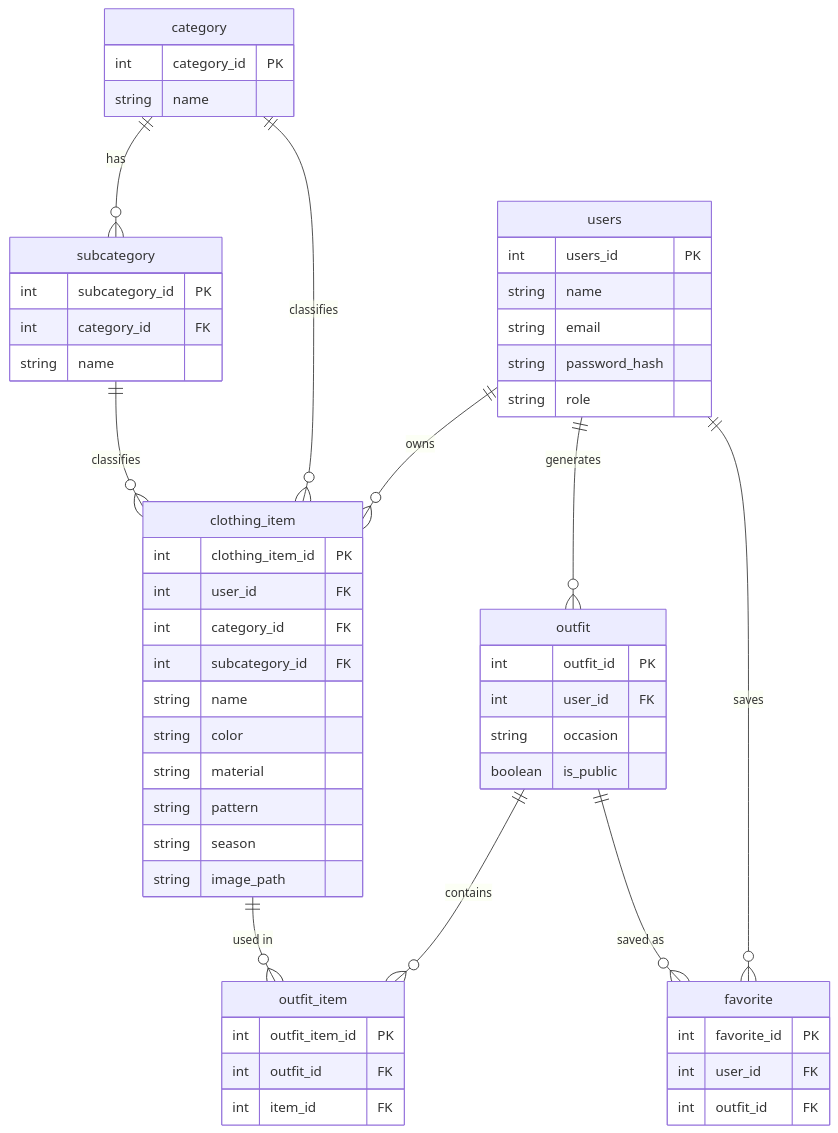
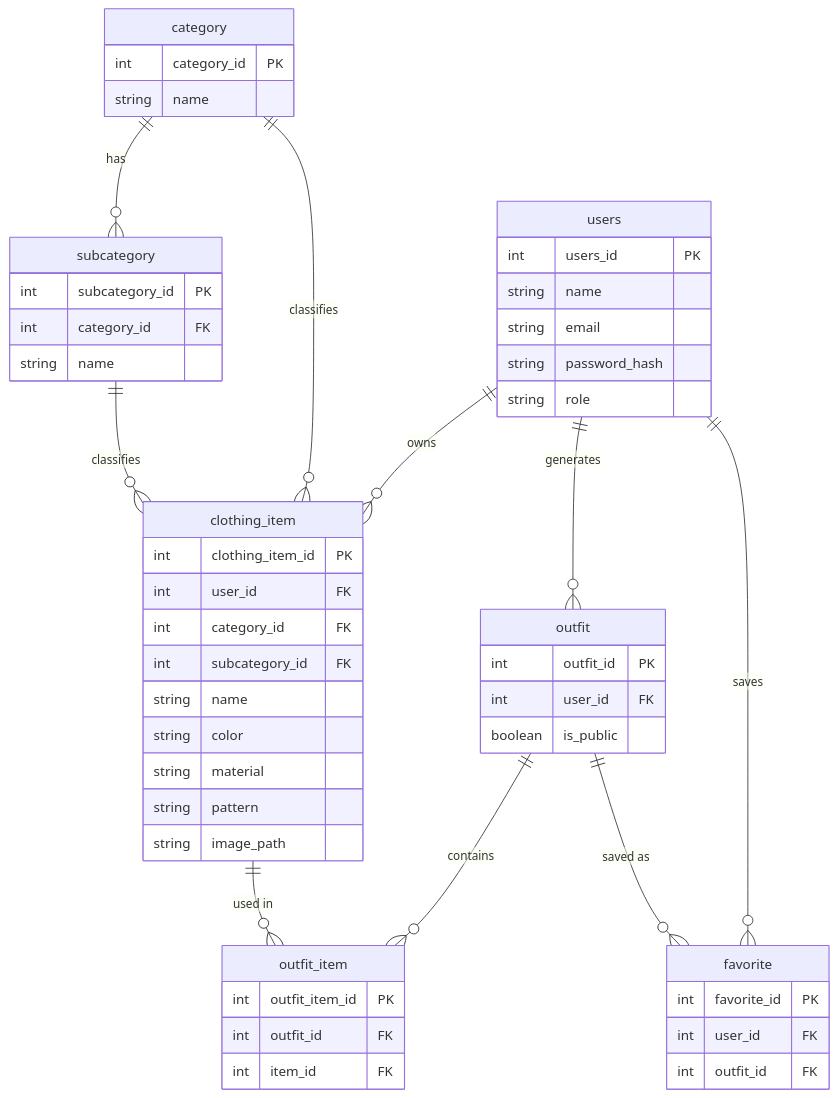
Before and after one commit to eyyy08/mini-project: the first of 2 diagrams in Project Proposal (1).md, drawn with Mermaid. The commit also changed 2 other files, not shown here.

````diff
--- a/Project Proposal (1).md
+++ b/Project Proposal (1).md
@@ -153,57 +153,55 @@
 ```mermaid
 erDiagram
     category ||--o{ subcategory : "has"
     users ||--o{ clothing_item : owns
     category ||--o{ clothing_item : classifies
     subcategory ||--o{ clothing_item : classifies
     users ||--o{ outfit : generates
     outfit||--o{ outfit_item : contains
     clothing_item ||--o{ outfit_item : "used in"
     users ||--o{ favorite : saves
     outfit||--o{ favorite : "saved as"
 
     users {
         int users_id PK
         string name
         string email
         string password_hash
         string role
     }
     category {
         int category_id PK
         string name
     }
     subcategory {
         int subcategory_id PK
         int category_id FK
         string name
     }
     clothing_item {
         int clothing_item_id PK
         int user_id FK
         int category_id FK
         int subcategory_id FK
         string name
         string color
         string material
         string pattern
-        string season
         string image_path
     }
     outfit {
         int outfit_id PK
         int user_id FK
-        string occasion
         boolean is_public
     }
     outfit_item {
         int outfit_item_id PK
         int outfit_id FK
         int item_id FK
     }
     favorite {
         int favorite_id PK
         int user_id FK
         int outfit_id FK
     }
 ```
````
